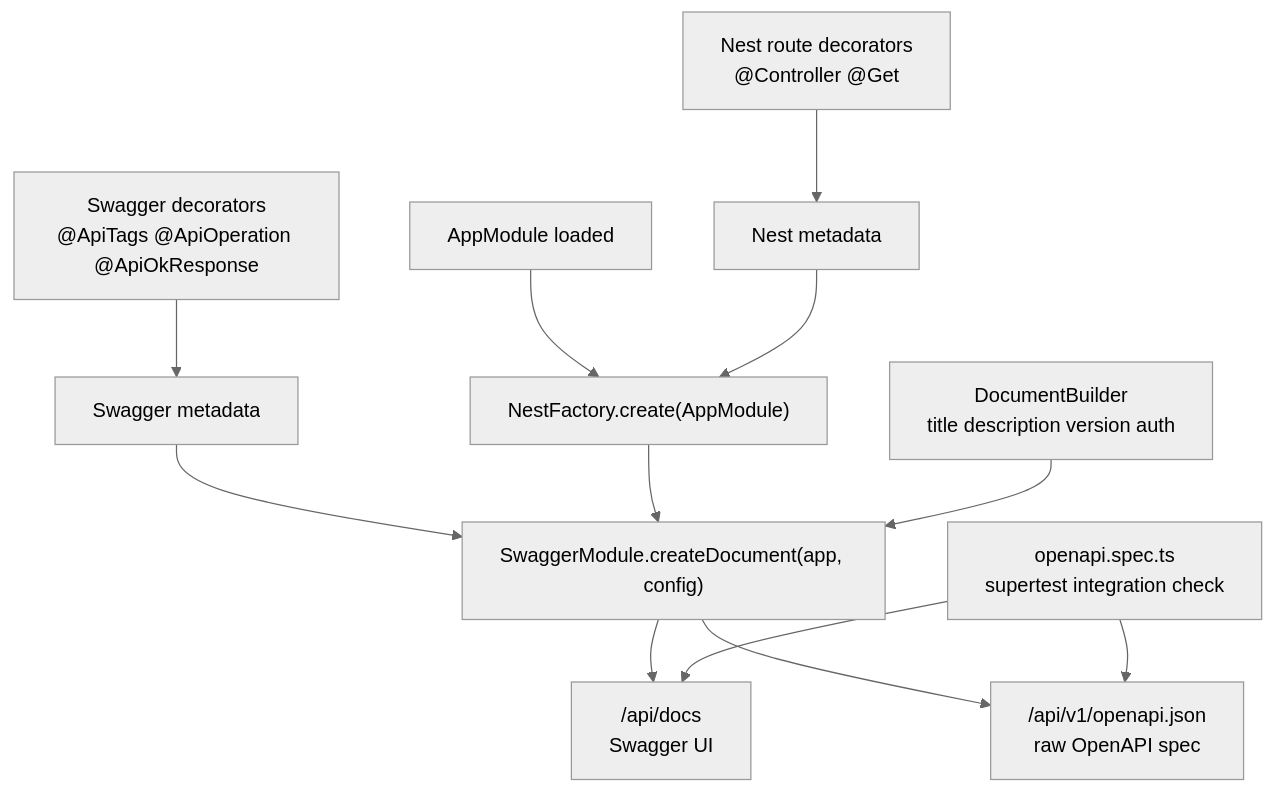
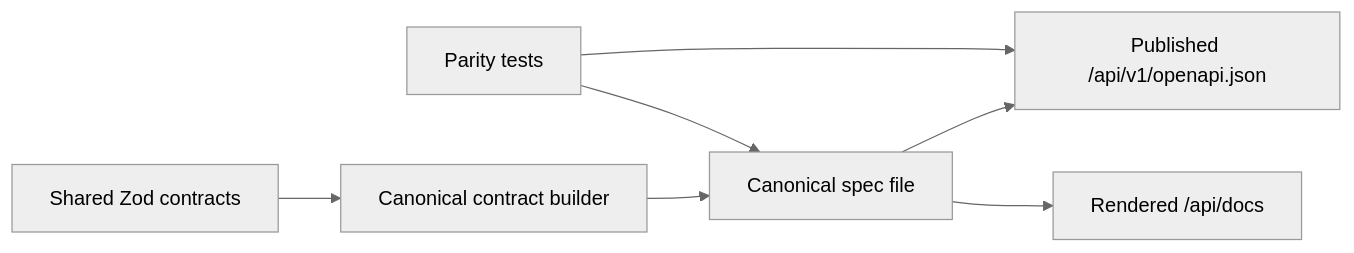
Before and after one commit to muratkeremozcan/couture-cast: diagram 14 of 16 in _bmad-output/project-knowledge/learning-path-step-by-step.md, drawn with Mermaid (neutral theme). The commit also changed other lines of this file and 71 other files, not shown here.

````diff
--- a/_bmad-output/project-knowledge/learning-path-step-by-step.md
+++ b/_bmad-output/project-knowledge/learning-path-step-by-step.md
@@ -1025,14 +1026,16 @@
 ```mermaid
-flowchart TD
-  decorators["Nest route decorators\n@Controller @Get"] --> nest_meta["Nest metadata"]
-  swagger_decorators["Swagger decorators\n@ApiTags @ApiOperation @ApiOkResponse"] --> swagger_meta["Swagger metadata"]
-  appmodule["AppModule loaded"] --> nest_app["NestFactory.create(AppModule)"]
-  nest_meta --> nest_app
-  swagger_meta --> docgen["SwaggerModule.createDocument(app, config)"]
-  nest_app --> docgen
-  docconfig["DocumentBuilder\n title description version auth"] --> docgen
-  docgen --> docs["/api/docs\nSwagger UI"]
-  docgen --> json["/api/v1/openapi.json\nraw OpenAPI spec"]
-  test["openapi.spec.ts\nsupertest integration check"] --> docs
-  test --> json
+flowchart LR
+  contracts["Shared Zod contracts"]
+  builder["Canonical contract builder"]
+  spec["Canonical spec file"]
+  json["Published /api/v1/openapi.json"]
+  docs["Rendered /api/docs"]
+  parity["Parity tests"]
+
+  contracts --> builder
+  builder --> spec
+  spec --> json
+  spec --> docs
+  parity --> spec
+  parity --> json
 ```
````
